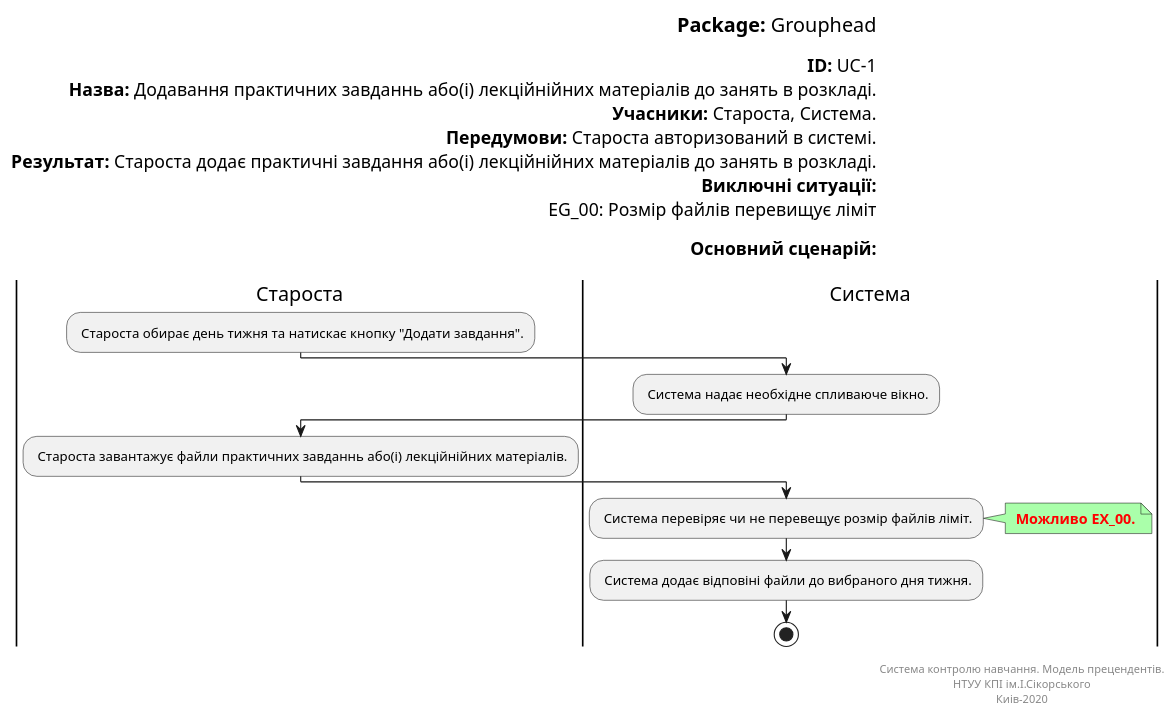
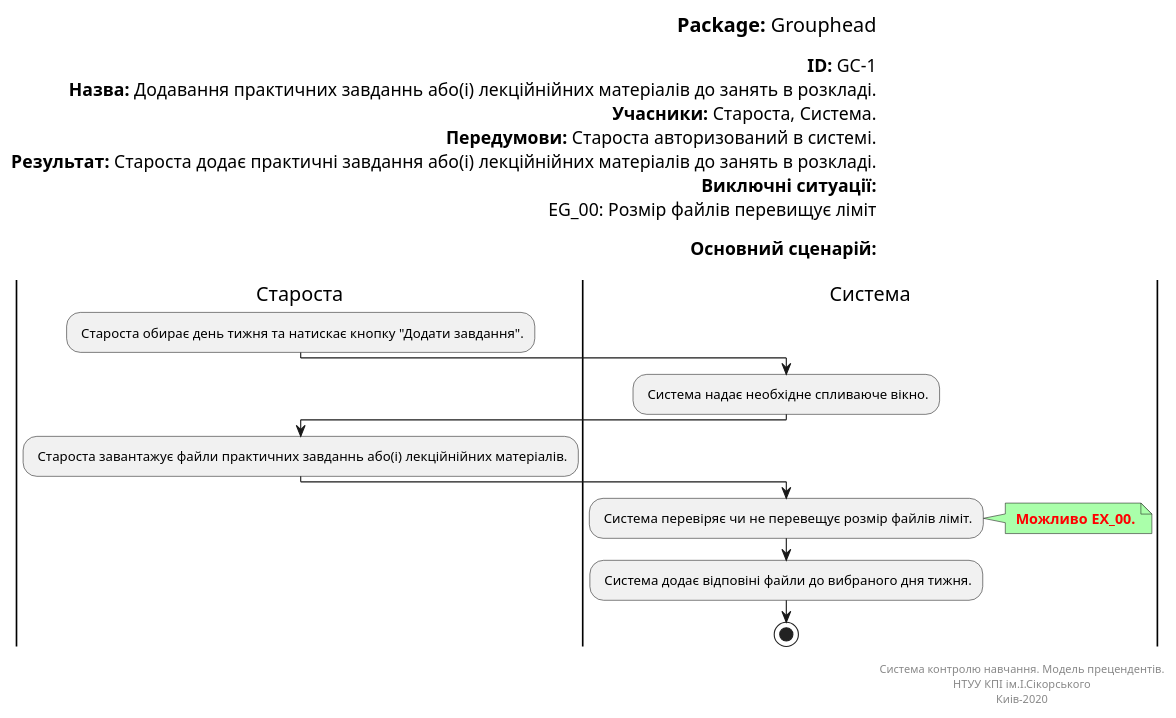
One commit to vladlinu/TeamOne changed the diagram in docs/UML_Diagrams/scenarios/grouphead/src/AddFiles.pu. Above: the diagram before and after it, drawn with PlantUML. The commit also changed 5 other files, not shown here.

```diff
--- a/docs/UML_Diagrams/scenarios/grouphead/src/AddFiles.pu
+++ b/docs/UML_Diagrams/scenarios/grouphead/src/AddFiles.pu
@@ -1,43 +1,43 @@
 @startuml
 left header
 <font color=000 size=18><b>Package:</b> Grouphead
 
-<font color=000 size=16><b>ID:</b> UC-1
+<font color=000 size=16><b>ID:</b> GC-1
 <font color=000 size=16><b>Назва:</b> Додавання практичних завданнь або(і) лекційнійних матеріалів до занять в розкладі.
 <font color=000 size=16><b>Учасники:</b> Староста, Система.
 <font color=000 size=16><b>Передумови:</b> Староста авторизований в системі.
 <font color=000 size=16><b>Результат:</b> Староста додає практичні завдання або(і) лекційнійних матеріалів до занять в розкладі.
 <font color=000 size=16><b>Виключні ситуації:</b>
 <font color=000 size=16> EG_00: Розмір файлів перевищує ліміт
 
 <font color=000 size=16><b>Основний сценарій:</b>
 
 end header
 
 |Староста|
 : Староста обирає день тижня та натискає кнопку "Додати завдання".;
 
 |Система|
 : Система надає необхідне спливаюче вікно.;
 
 |Староста|
 : Староста завантажує файли практичних завданнь або(і) лекційнійних матеріалів.;
 
 |Система|
 : Система перевіряє чи не перевещує розмір файлів ліміт.;
 
 note right #aaffaa
 <font color=red><b> Можливо EX_00.
 end note
 
 : Система додає відповіні файли до вибраного дня тижня.;
 
 stop;
 
 right footer
 
 Система контролю навчання. Модель прецендентів.
 НТУУ КПІ ім.І.Сікорського
 Киів-2020
 end footer
 @enduml
```
